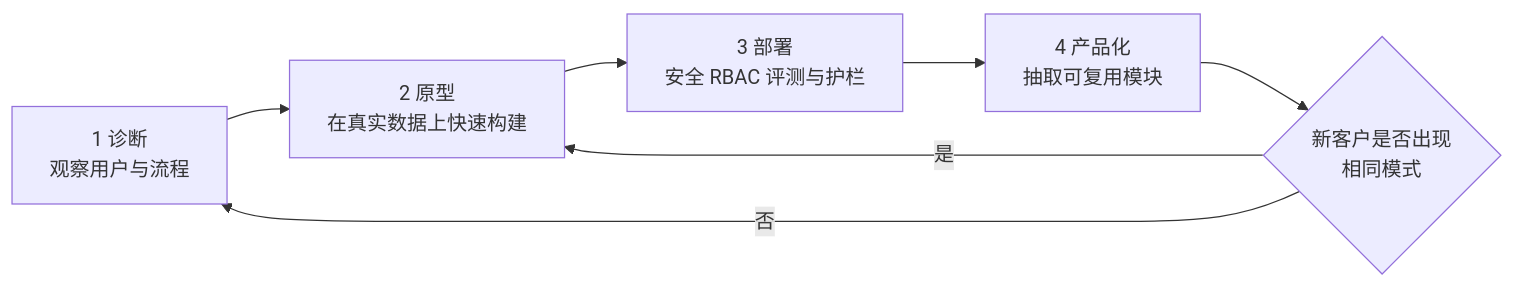
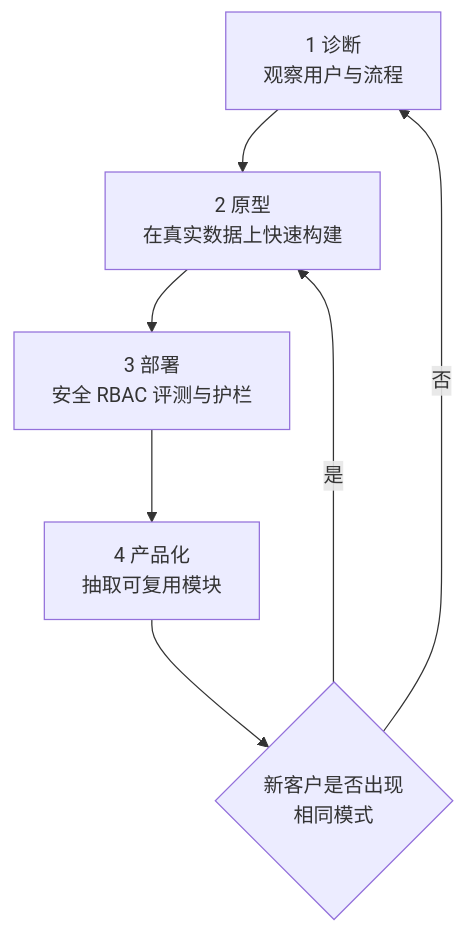
Before and after one commit to CercaTrovato/cityu-ai-course-notes: the fourth of 6 diagrams in IS5542_GenAI_in_Business/notes/M05-Agentic-AI时代与FDE实践.md, drawn with Mermaid. The commit also changed other lines of this file and 58 other files, not shown here.

````diff
--- a/IS5542_GenAI_in_Business/notes/M05-Agentic-AI时代与FDE实践.md
+++ b/IS5542_GenAI_in_Business/notes/M05-Agentic-AI时代与FDE实践.md
@@ -526,9 +575,9 @@
 ```mermaid
-flowchart LR
+flowchart TD
     A[1 诊断<br/>观察用户与流程] --> B[2 原型<br/>在真实数据上快速构建]
     B --> C[3 部署<br/>安全 RBAC 评测与护栏]
     C --> D[4 产品化<br/>抽取可复用模块]
     D --> E{新客户是否出现<br/>相同模式}
     E -- 是 --> B
     E -- 否 --> A
 ```
````
